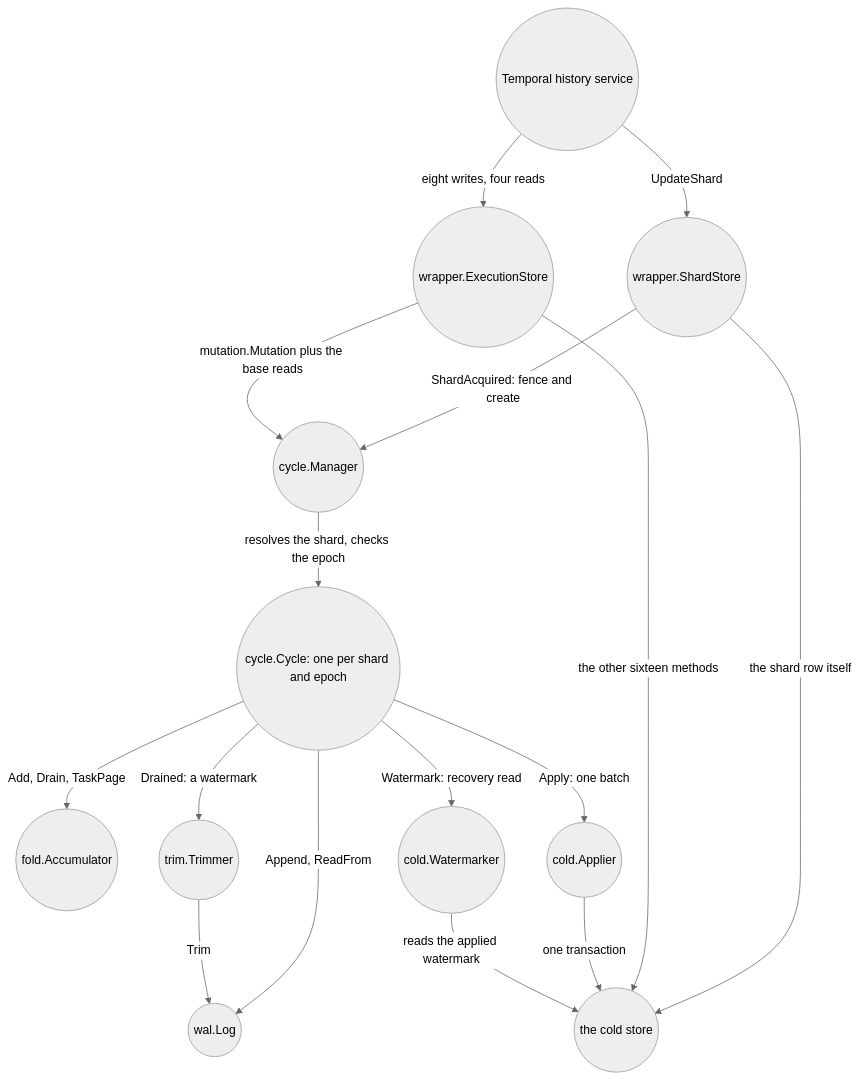
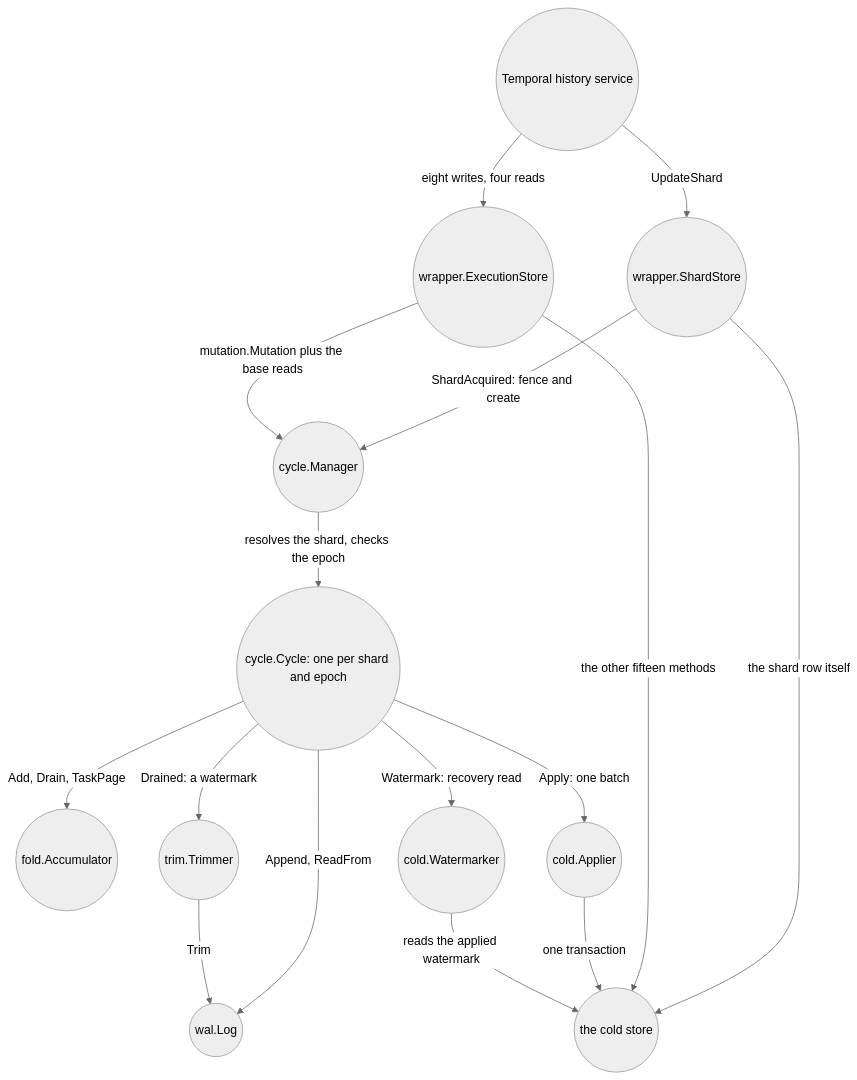
One commit to aromanovich/waltz changed the first of 4 diagrams in docs/handbook/03-components.md. Above: the diagram before and after it, drawn with Mermaid (neutral theme). The commit also changed other lines of this file and 42 other files, not shown here.

````diff
--- a/docs/handbook/03-components.md
+++ b/docs/handbook/03-components.md
@@ -106,30 +106,30 @@
 ```mermaid
 graph TD
   HS(("Temporal history service"))
   ES(("wrapper.ExecutionStore"))
   SS(("wrapper.ShardStore"))
   MGR(("cycle.Manager"))
   CY(("cycle.Cycle: one per shard and epoch"))
   ACC(("fold.Accumulator"))
   TR(("trim.Trimmer"))
   AP(("cold.Applier"))
   WM(("cold.Watermarker"))
   LOG(("wal.Log"))
   CS(("the cold store"))
 
   HS -->|"eight writes, four reads"| ES
   HS -->|"UpdateShard"| SS
   SS -->|"ShardAcquired: fence and create"| MGR
   SS -->|"the shard row itself"| CS
   ES -->|"mutation.Mutation plus the base reads"| MGR
-  ES -->|"the other sixteen methods"| CS
+  ES -->|"the other fifteen methods"| CS
   MGR -->|"resolves the shard, checks the epoch"| CY
   CY -->|"Append, ReadFrom"| LOG
   CY -->|"Add, Drain, TaskPage"| ACC
   CY -->|"Apply: one batch"| AP
   CY -->|"Drained: a watermark"| TR
   CY -->|"Watermark: recovery read"| WM
   TR -->|"Trim"| LOG
   AP -->|"one transaction"| CS
   WM -->|"reads the applied watermark"| CS
 ```
````
